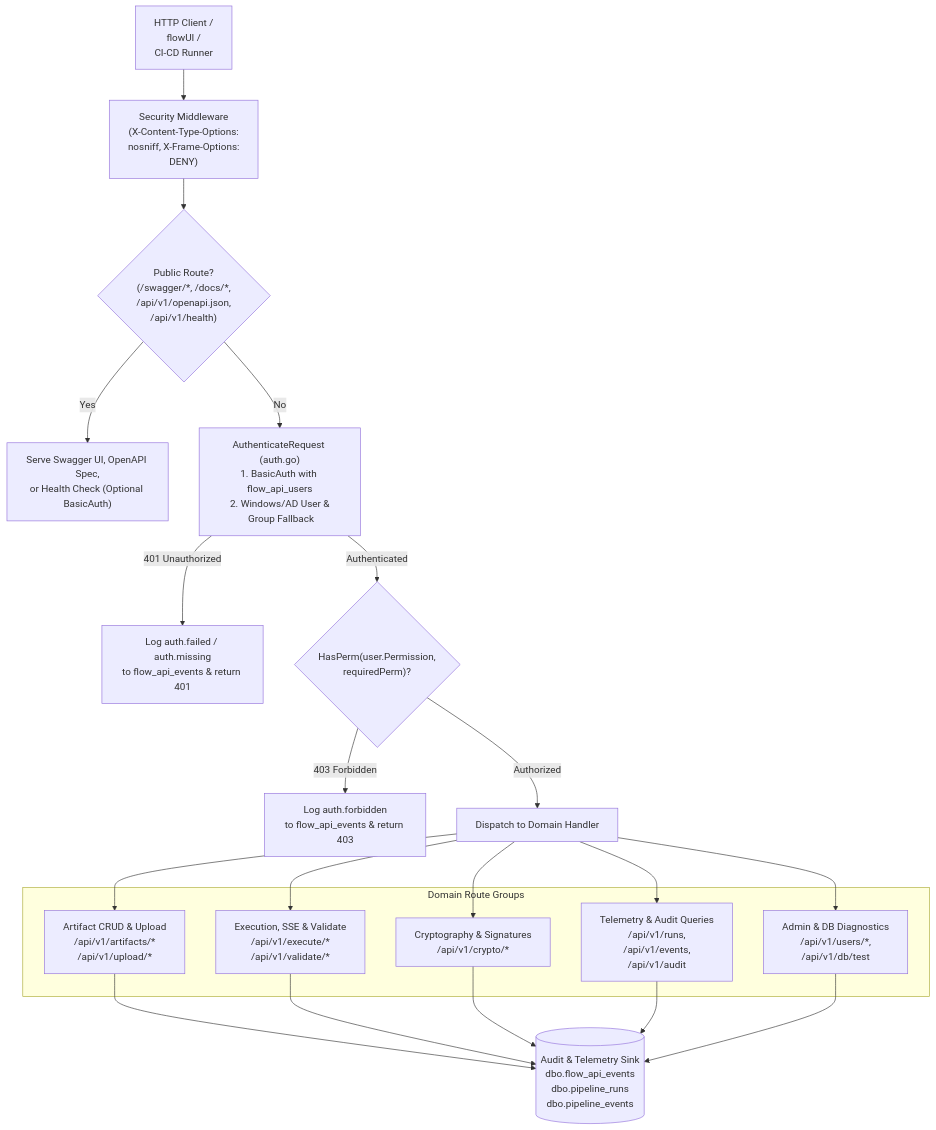
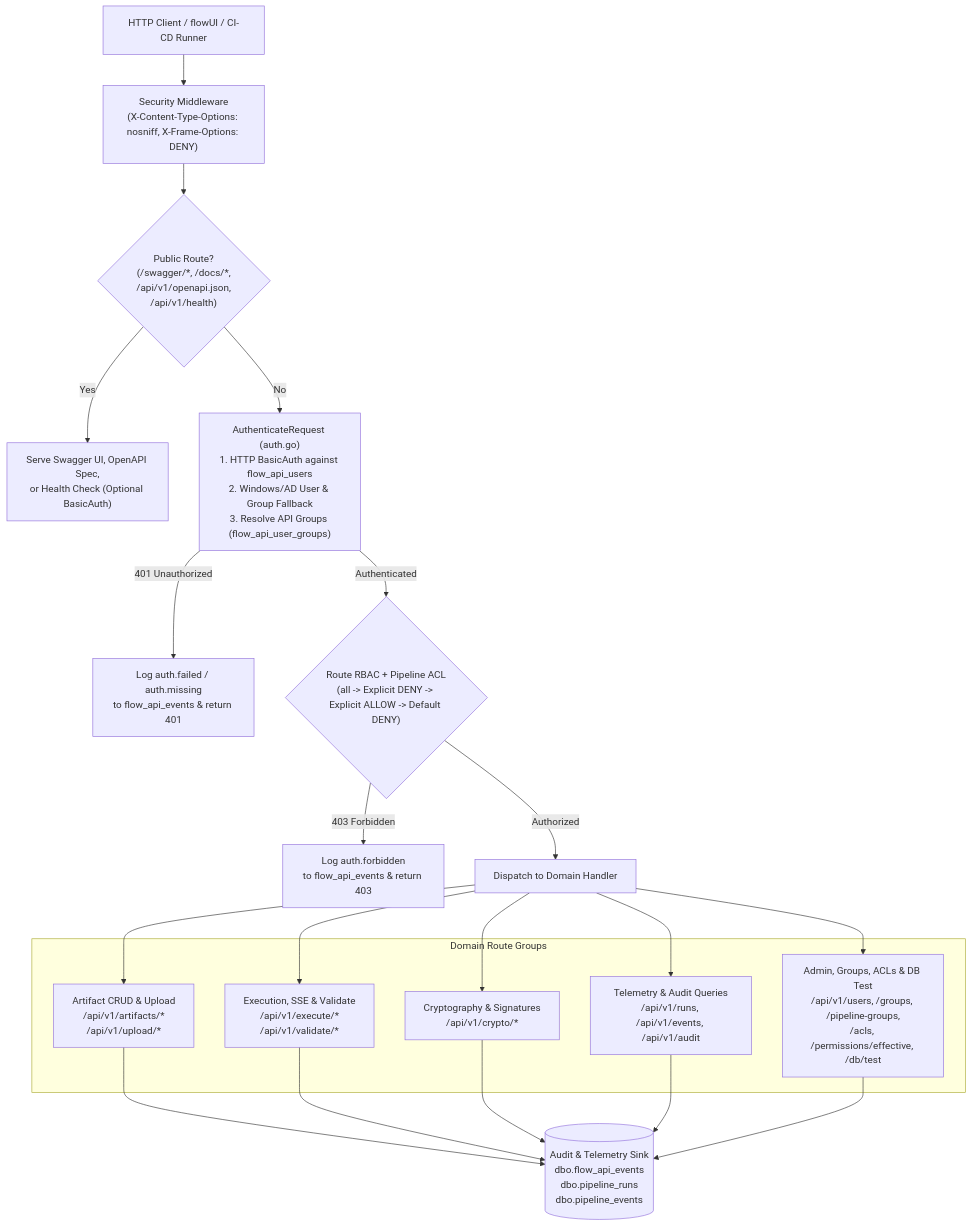
Before and after one commit to etl-madness/flow-docs: the first of 6 diagrams in docs/guides/API_ENDPOINTS_REFERENCE.md, drawn with Mermaid. The commit also changed other lines of this file and 98 other files, not shown here.

````diff
--- a/docs/guides/API_ENDPOINTS_REFERENCE.md
+++ b/docs/guides/API_ENDPOINTS_REFERENCE.md
@@ -36,26 +35,26 @@
 ```mermaid
 flowchart TD
-    CLIENT["HTTP Client / <br/>flowUI / <br/>CI-CD Runner"] --> MW["Security Middleware<br/>(X-Content-Type-Options:<br/> nosniff, X-Frame-Options:<br/> DENY)"]
+    CLIENT["HTTP Client / flowUI / CI-CD Runner"] --> MW["Security Middleware<br/>(X-Content-Type-Options: nosniff, X-Frame-Options: DENY)"]
 
     MW --> PUBLIC{"Public Route?<br/>(/swagger/*, /docs/*,<br/>/api/v1/openapi.json,<br/>/api/v1/health)"}
 
     PUBLIC -->|"Yes"| H_PUB["Serve Swagger UI, OpenAPI Spec,<br/>or Health Check (Optional BasicAuth)"]
-    PUBLIC -->|"No"| AUTH["AuthenticateRequest (auth.go)<br/>1. BasicAuth with flow_api_users<br/>2. Windows/AD User &amp;<br/> Group Fallback"]
+    PUBLIC -->|"No"| AUTH["AuthenticateRequest (auth.go)<br/>1. HTTP BasicAuth against flow_api_users<br/>2. Windows/AD User &amp; Group Fallback<br/>3. Resolve API Groups (flow_api_user_groups)"]
 
     AUTH -->|"401 Unauthorized"| ERR401["Log auth.failed / auth.missing<br/>to flow_api_events &amp; return 401"]
-    AUTH -->|"Authenticated"| RBAC{"HasPerm(user.Permission,<br/>requiredPerm)?"}
+    AUTH -->|"Authenticated"| RBAC{"Route RBAC + Pipeline ACL<br/>(all -&gt; Explicit DENY -&gt; Explicit ALLOW -&gt; Default DENY)"}
 
     RBAC -->|"403 Forbidden"| ERR403["Log auth.forbidden<br/>to flow_api_events &amp; return 403"]
     RBAC -->|"Authorized"| ROUTER["Dispatch to Domain Handler"]
 
     subgraph Handlers["Domain Route Groups"]
         R_ART["Artifact CRUD &amp; Upload<br/>/api/v1/artifacts/*<br/>/api/v1/upload/*"]
         R_EXEC["Execution, SSE &amp; Validate<br/>/api/v1/execute/*<br/>/api/v1/validate/*"]
         R_CRYPTO["Cryptography &amp; Signatures<br/>/api/v1/crypto/*"]
-        R_LOGS["Telemetry &amp; Audit Queries<br/>/api/v1/runs, <br/>/api/v1/events, <br/>/api/v1/audit"]
-        R_ADMIN["Admin &amp; DB Diagnostics<br/>/api/v1/users/*, <br/>/api/v1/db/test"]
+        R_LOGS["Telemetry &amp; Audit Queries<br/>/api/v1/runs, /api/v1/events, /api/v1/audit"]
+        R_ADMIN["Admin, Groups, ACLs &amp; DB Test<br/>/api/v1/users, /groups, /pipeline-groups,<br/>/acls, /permissions/effective, /db/test"]
     end
 
     ROUTER --> R_ART & R_EXEC & R_CRYPTO & R_LOGS & R_ADMIN
     R_ART & R_EXEC & R_CRYPTO & R_LOGS & R_ADMIN --> AUDIT[("Audit &amp; Telemetry Sink<br/>dbo.flow_api_events<br/>dbo.pipeline_runs<br/>dbo.pipeline_events")]
 ```
````
